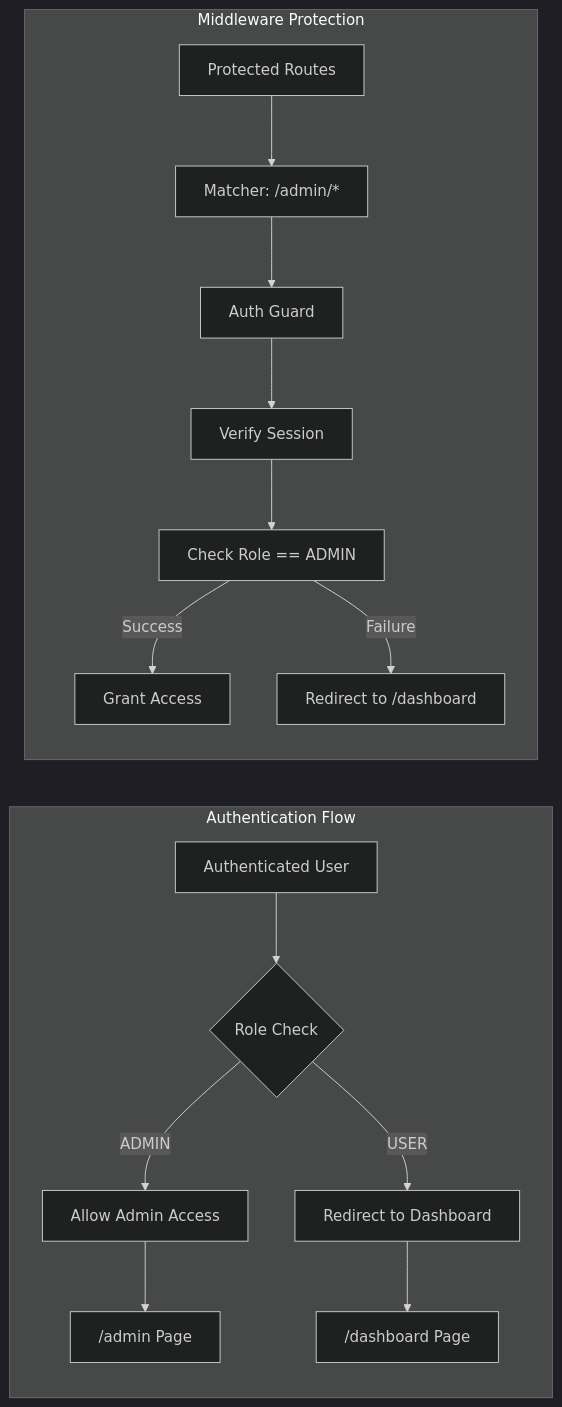
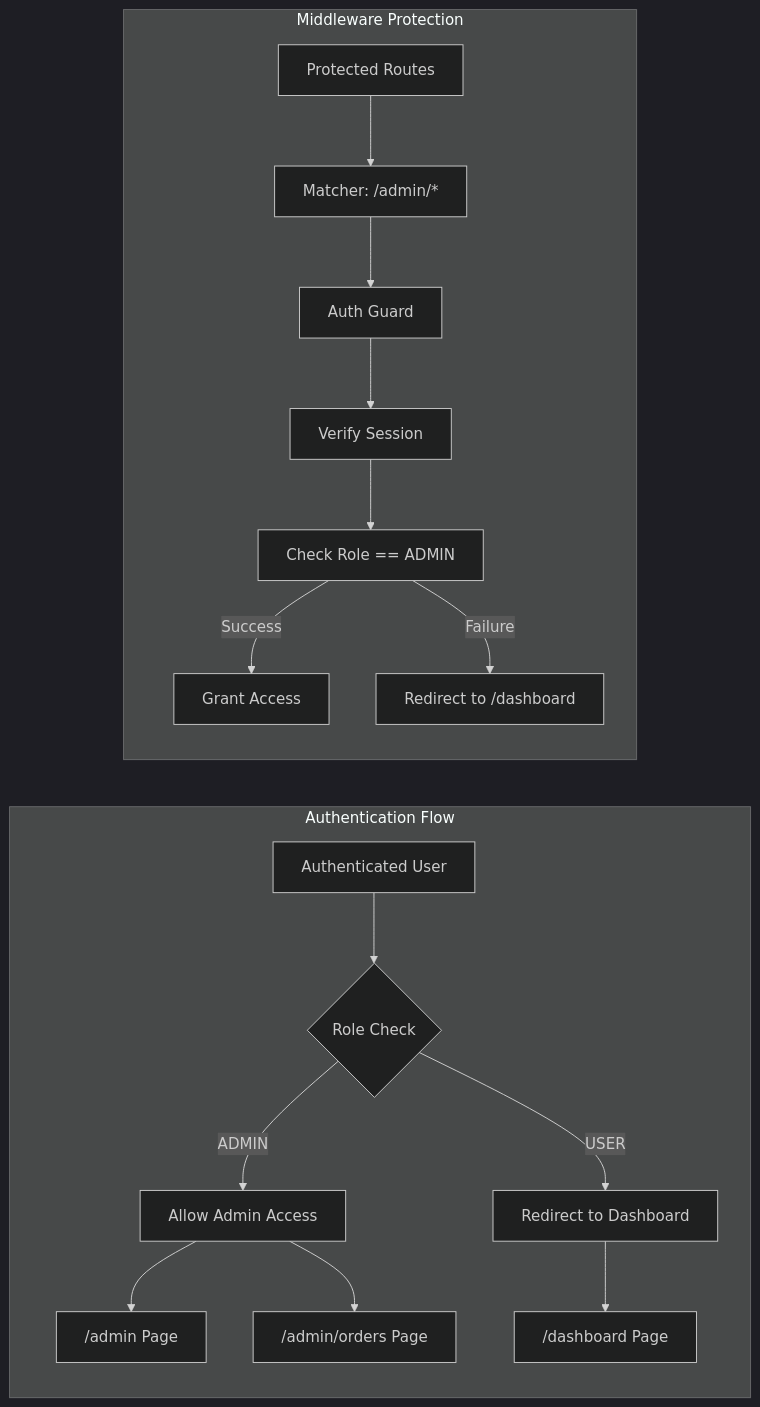
The fifth of 7 diagrams in .qoder/repowiki/en/content/Administrative Features/Admin Dashboard Interface.md (Crowdspender/titchybooks-app), drawn with Mermaid (dark theme) before and after one commit. The commit also changed other lines of this file and 74 other files, not shown here.

````diff
--- a/.qoder/repowiki/en/content/Administrative Features/Admin Dashboard Interface.md
+++ b/.qoder/repowiki/en/content/Administrative Features/Admin Dashboard Interface.md
@@ -220,18 +260,19 @@
 ```mermaid
 flowchart LR
 subgraph "Authentication Flow"
 User["Authenticated User"] --> CheckRole{"Role Check"}
 CheckRole --> |ADMIN| AllowAccess["Allow Admin Access"]
 CheckRole --> |USER| DenyAccess["Redirect to Dashboard"]
 AllowAccess --> AdminPage["/admin Page"]
+AllowAccess --> OrdersPage["/admin/orders Page"]
 DenyAccess --> Dashboard["/dashboard Page"]
 end
 subgraph "Middleware Protection"
 Route["Protected Routes"] --> Matcher["Matcher: /admin/*"]
 Matcher --> AuthGuard["Auth Guard"]
 AuthGuard --> Session["Verify Session"]
 Session --> RoleCheck["Check Role == ADMIN"]
 RoleCheck --> |Success| Access["Grant Access"]
 RoleCheck --> |Failure| Redirect["Redirect to /dashboard"]
 end
 ```
````
